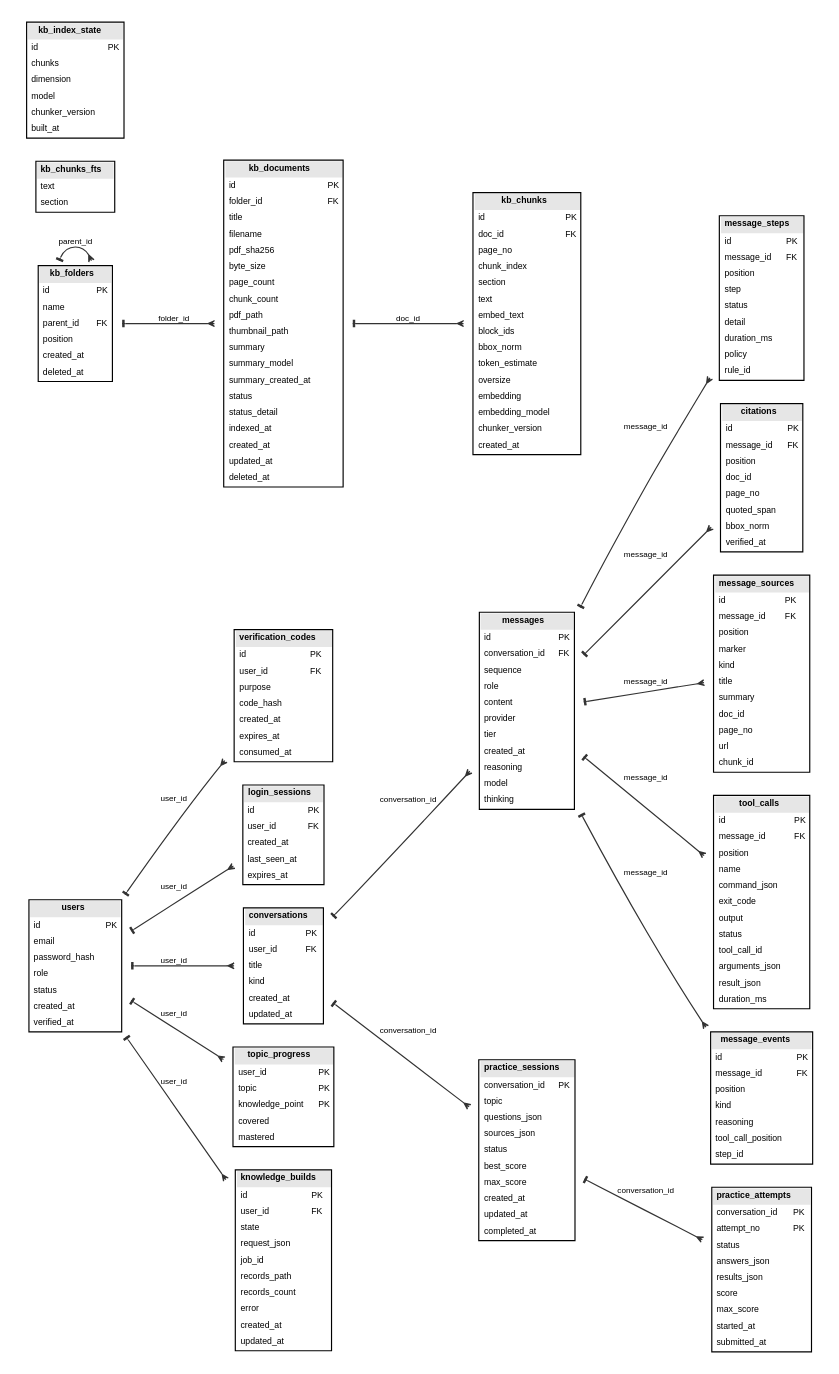
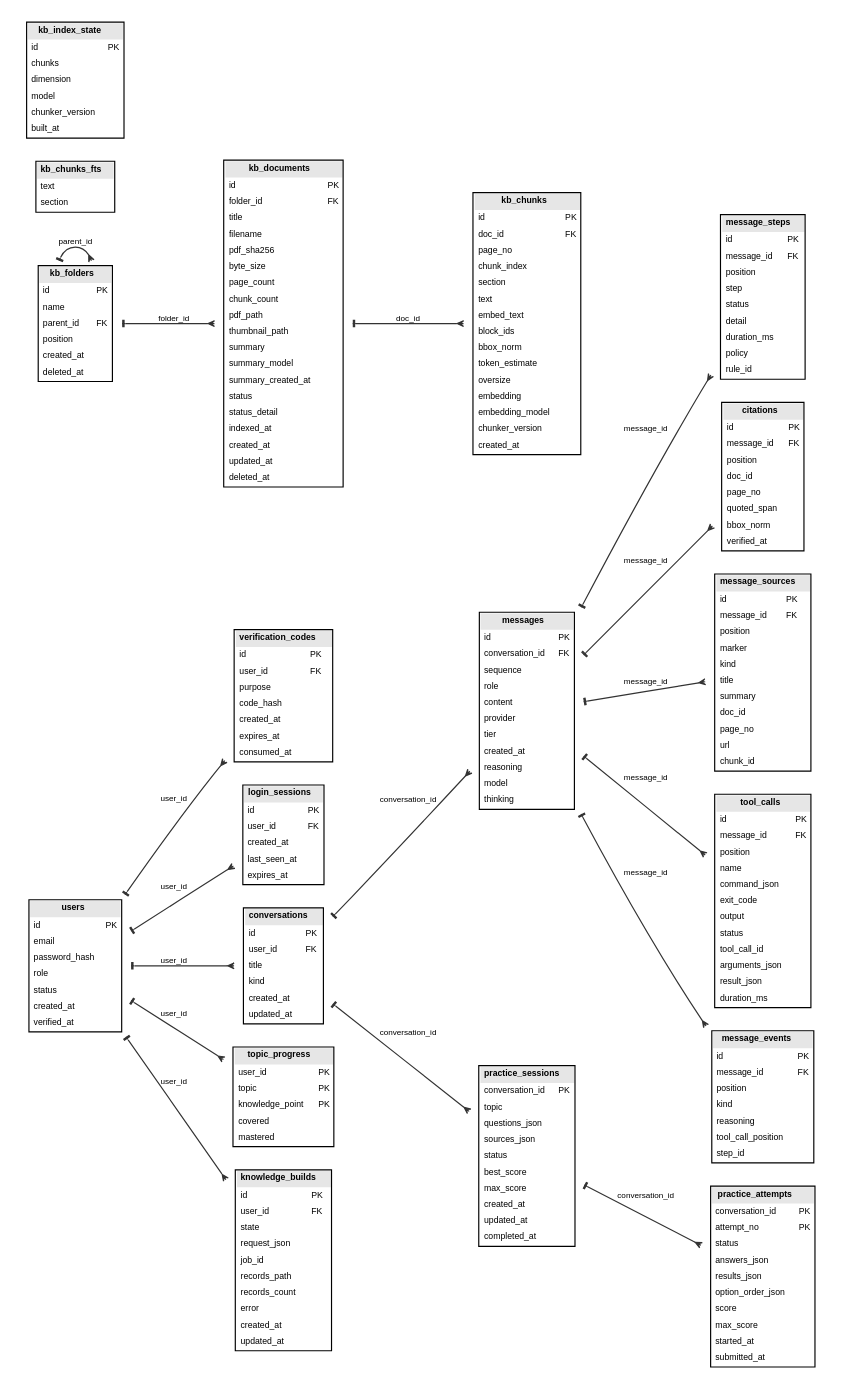
One commit to Kane-LI-0114/verifiable-tutor changed the diagram in docs/figures/physical-db.dot. Above: the diagram before and after it, drawn with Graphviz. The commit also changed 16 other files, not shown here.

```diff
--- a/docs/figures/physical-db.dot
+++ b/docs/figures/physical-db.dot
@@ -147,6 +147,7 @@
       <TR><TD ALIGN="LEFT">status</TD><TD ALIGN="LEFT"></TD></TR>
       <TR><TD ALIGN="LEFT">answers_json</TD><TD ALIGN="LEFT"></TD></TR>
       <TR><TD ALIGN="LEFT">results_json</TD><TD ALIGN="LEFT"></TD></TR>
+      <TR><TD ALIGN="LEFT">option_order_json</TD><TD ALIGN="LEFT"></TD></TR>
       <TR><TD ALIGN="LEFT">score</TD><TD ALIGN="LEFT"></TD></TR>
       <TR><TD ALIGN="LEFT">max_score</TD><TD ALIGN="LEFT"></TD></TR>
       <TR><TD ALIGN="LEFT">started_at</TD><TD ALIGN="LEFT"></TD></TR>
```
